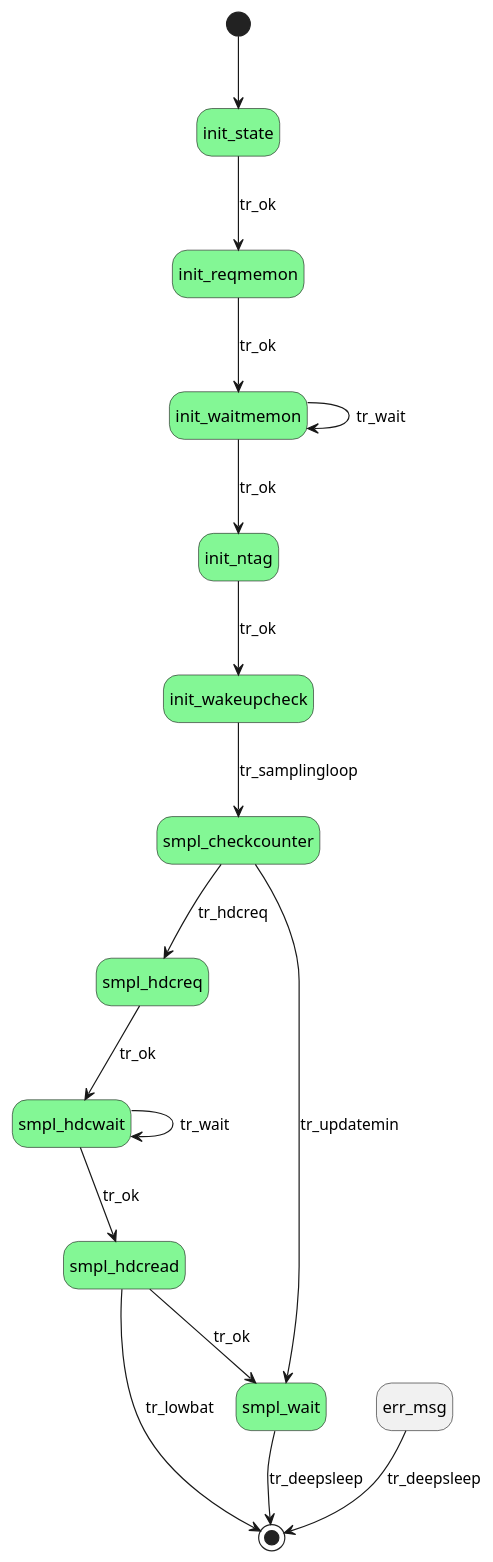
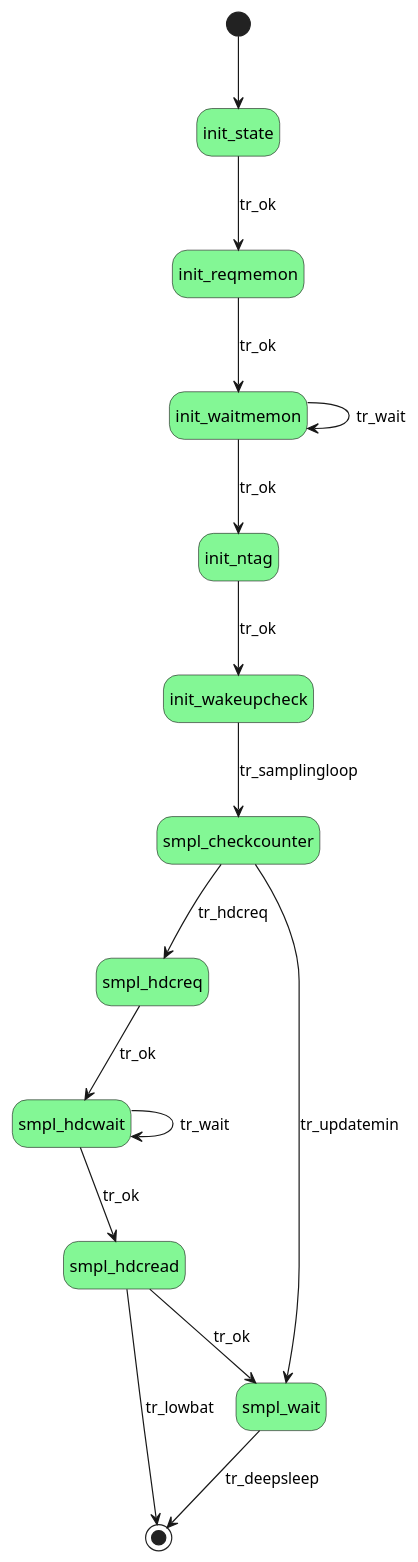
Before and after one commit to cuplsensor/cupltag: the diagram in docs/firmware/statechart/samplingloop.rst, drawn with PlantUML. The commit also changed 3 other files, not shown here.

```diff
--- a/docs/firmware/statechart/samplingloop.rst
+++ b/docs/firmware/statechart/samplingloop.rst
@@ -13,35 +13,32 @@
 .. uml::
    :caption: The state machine runs each minute in the sampling loop.
-   :width: 100%
 
    @startuml
         hide empty description
         [*] --> init_state
 
         init_state #83f795 --> init_reqmemon: tr_ok
 
         init_reqmemon #83f795 --> init_waitmemon: tr_ok
 
         init_waitmemon #83f795 --> init_ntag: tr_ok
         init_waitmemon --> init_waitmemon: tr_wait
 
         init_ntag #83f795 --> init_wakeupcheck: tr_ok
 
         init_wakeupcheck #83f795 --> smpl_checkcounter: tr_samplingloop
 
         smpl_checkcounter #83f795  --> smpl_hdcreq: tr_hdcreq
         smpl_checkcounter --> smpl_wait: tr_updatemin
 
         smpl_hdcreq #83f795 --> smpl_hdcwait: tr_ok
 
         smpl_hdcwait #83f795  --> smpl_hdcread: tr_ok
         smpl_hdcwait --> smpl_hdcwait: tr_wait
 
         smpl_hdcread #83f795 --> smpl_wait: tr_ok
         smpl_hdcread --> [*]: tr_lowbat
 
         smpl_wait #83f795  --> [*]: tr_deepsleep
 
-        err_msg  --> [*]: tr_deepsleep
-
         @enduml
```
